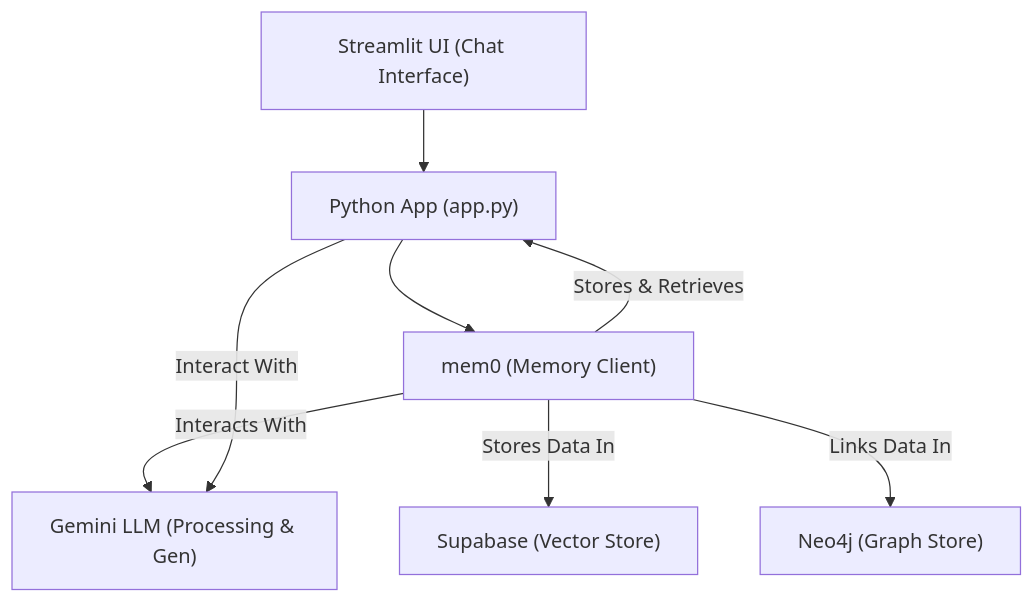
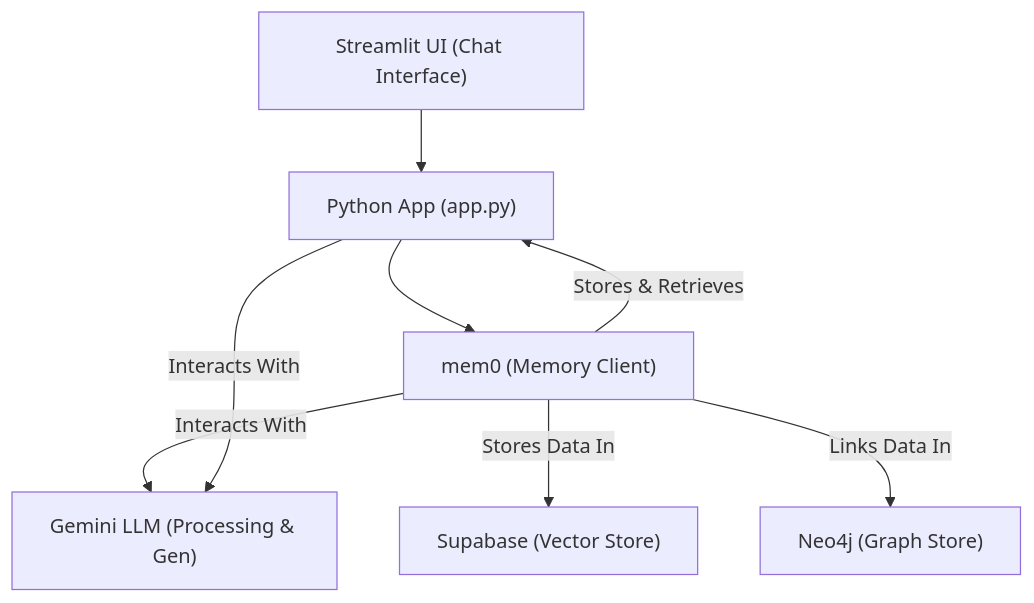
Before and after one commit to ytkaczyk/gemini-mem0-streamlit: the diagram in planning.md, drawn with Mermaid. The commit also changed 8 other files, not shown here.

````diff
--- a/planning.md
+++ b/planning.md
@@ -64,17 +64,17 @@
 ```mermaid
 flowchart TD;
   Streamlit["Streamlit UI (Chat Interface)"];
   PythonApp["Python App (app.py)"];
   Memory["mem0 (Memory Client)"];
   Gemini["Gemini LLM (Processing & Gen)"];
   Supabase["Supabase (Vector Store)"];
   Neo4j["Neo4j (Graph Store)"];
 
   Streamlit --> PythonApp;
   PythonApp --> Memory;
   Memory -->|Stores & Retrieves| PythonApp;
   Memory -->|Interacts With| Gemini;
   Memory -->|Stores Data In| Supabase;
   Memory -->|Links Data In| Neo4j;
-  PythonApp --> |Interact With| Gemini;
+  PythonApp --> |Interacts With| Gemini;
 ```
````
